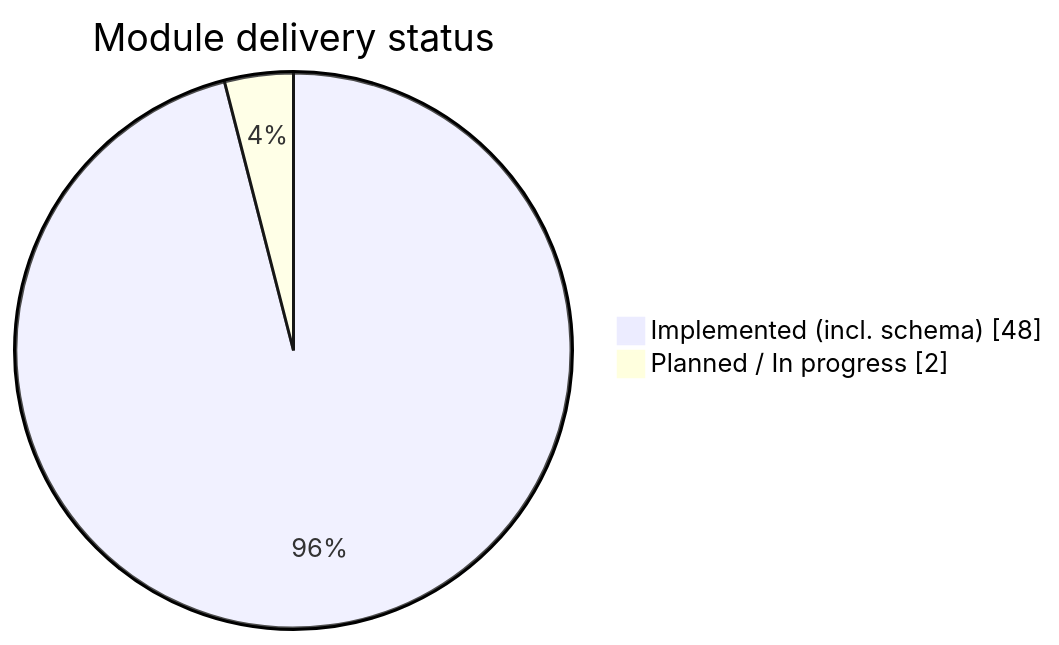
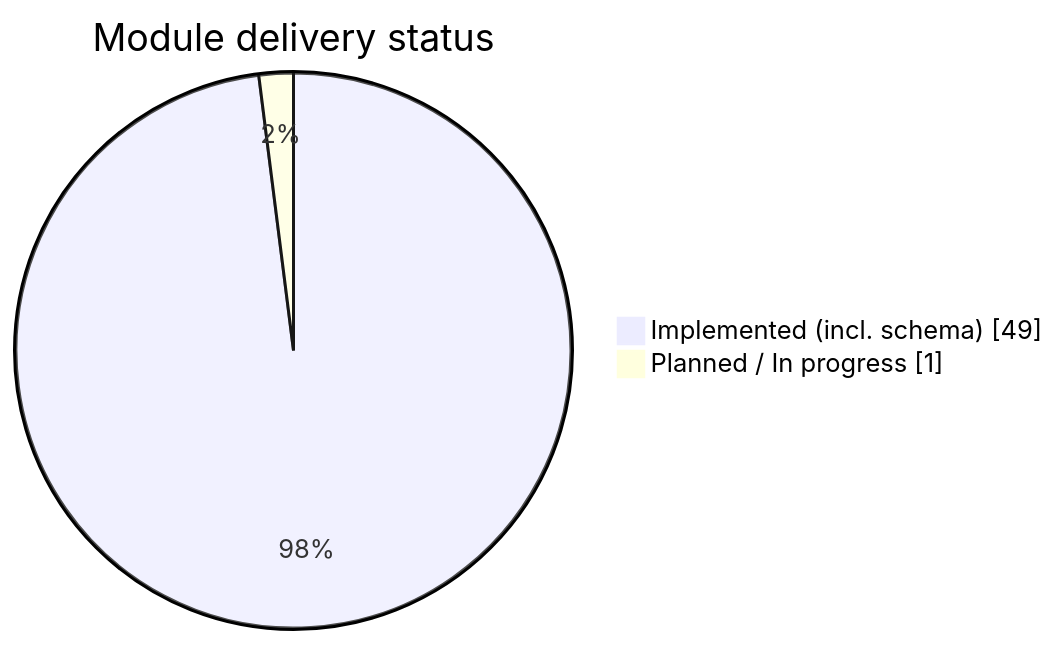
Before and after one commit to RITH-1437/educore: the first of 2 diagrams in docs/6_Module-Status-and-Roadmap.md, drawn with Mermaid. The commit also changed other lines of this file and 37 other files, not shown here.

````diff
--- a/docs/6_Module-Status-and-Roadmap.md
+++ b/docs/6_Module-Status-and-Roadmap.md
@@ -47,6 +47,6 @@
 ```mermaid
 pie showData
   title Module delivery status
-  "Implemented (incl. schema)" : 48
-  "Planned / In progress" : 2
+  "Implemented (incl. schema)" : 49
+  "Planned / In progress" : 1
 ```
````
